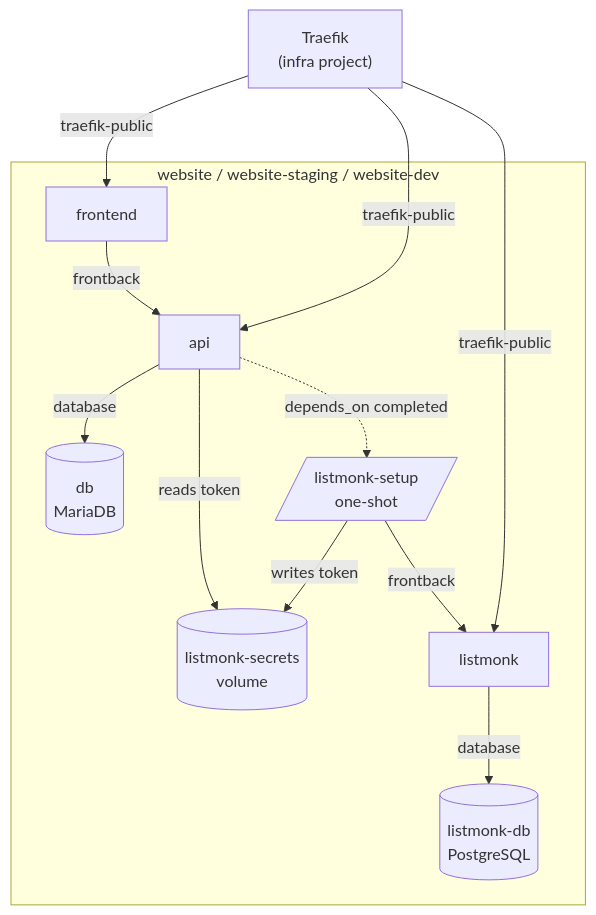
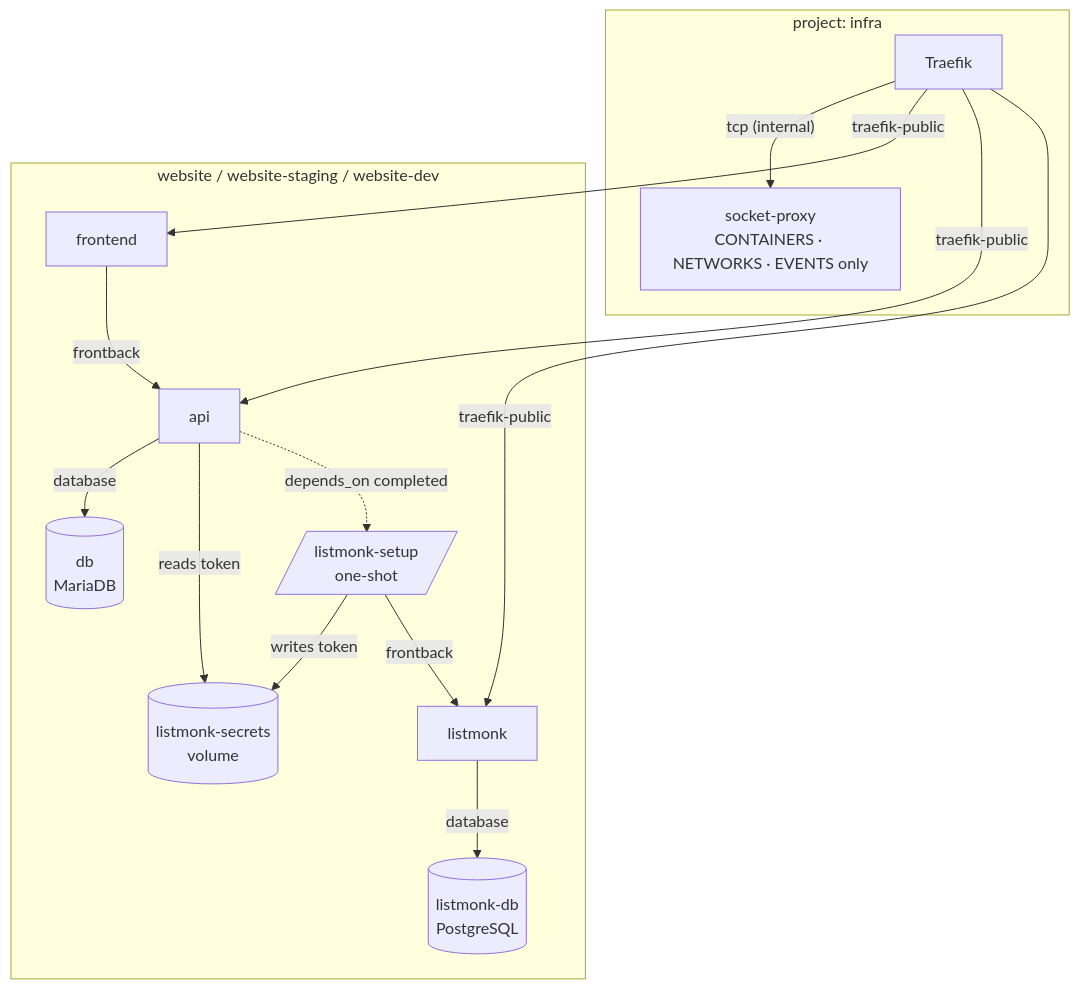
The second of 2 diagrams in deployment/README.md (ESA-Blueshell/website), drawn with Mermaid before and after one commit. The commit also changed other lines of this file and 6 other files, not shown here.

Commit message:
refactor(docker): enhance security and architecture in Docker setup with socket-proxy integration

````diff
--- a/deployment/README.md
+++ b/deployment/README.md
@@ -300,25 +304,29 @@
 ```mermaid
 flowchart TD
-    T["Traefik\n(infra project)"]
+    subgraph infra["project: infra"]
+        T["Traefik"]
+        SP["socket-proxy\nCONTAINERS · NETWORKS · EVENTS only"]
+        T -- "tcp (internal)" --> SP
+    end
 
     subgraph project["website / website-staging / website-dev"]
         FE["frontend"]
         API["api"]
         DB[("db\nMariaDB")]
         LDB[("listmonk-db\nPostgreSQL")]
         LMK["listmonk"]
         LMS[/"listmonk-setup\none-shot"/]
         SEC[("listmonk-secrets\nvolume")]
     end
 
     T -->|"traefik-public"| FE
     T -->|"traefik-public"| API
     T -->|"traefik-public"| LMK
     FE -->|"frontback"| API
     API -->|"database"| DB
     API -->|"reads token"| SEC
     API -.->|"depends_on completed"| LMS
     LMS -->|"writes token"| SEC
     LMS -->|"frontback"| LMK
     LMK -->|"database"| LDB
 ```
````
